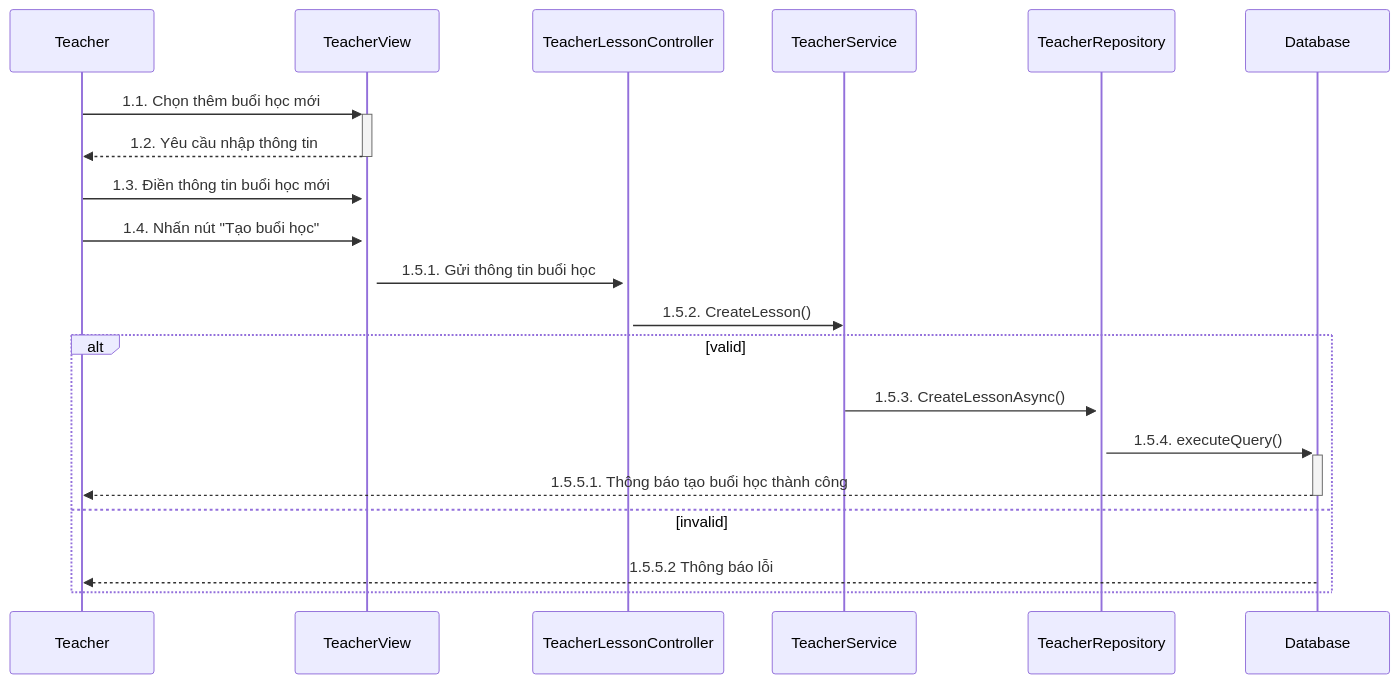
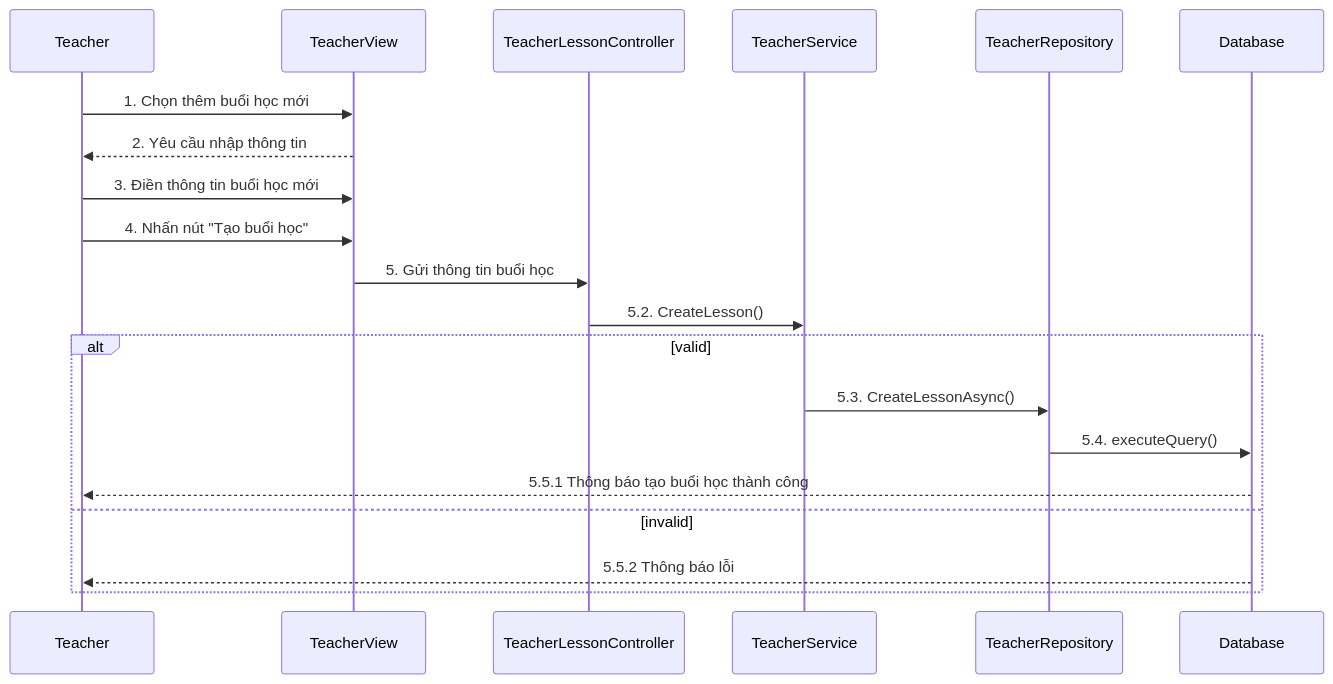
The diagram in sequence/teacher/Sequence-1-1.GiangVienThemBuoiHoc.mmd (LienNTB/sequence-CNPM), drawn with Mermaid before and after one commit. The commit also changed 10 other files, not shown here.

```diff
--- a/sequence/teacher/Sequence-1-1.GiangVienThemBuoiHoc.mmd
+++ b/sequence/teacher/Sequence-1-1.GiangVienThemBuoiHoc.mmd
@@ -1,23 +1,23 @@
 
 sequenceDiagram
     participant Teacher
     participant TeacherView
     participant TeacherLessonController
     participant TeacherService
     participant TeacherRepository
     participant Database
 
-    Teacher->>+TeacherView: 1.1. Chọn thêm buổi học mới
-    TeacherView-->>-Teacher: 1.2. Yêu cầu nhập thông tin
-    Teacher->>+TeacherView: 1.3. Điền thông tin buổi học mới
-    Teacher->>+TeacherView: 1.4. Nhấn nút "Tạo buổi học"
-    TeacherView->>+TeacherLessonController: 1.5.1. Gửi thông tin buổi học
-    TeacherLessonController->>TeacherService: 1.5.2. CreateLesson()
+    Teacher->>TeacherView: 1. Chọn thêm buổi học mới
+    TeacherView-->>Teacher: 2. Yêu cầu nhập thông tin
+    Teacher->>TeacherView: 3. Điền thông tin buổi học mới
+    Teacher->>TeacherView: 4. Nhấn nút "Tạo buổi học"
+    TeacherView->>TeacherLessonController: 5. Gửi thông tin buổi học
+    TeacherLessonController->>TeacherService: 5.2. CreateLesson()
     alt valid
-        TeacherService->>+TeacherRepository: 1.5.3. CreateLessonAsync()
-        TeacherRepository->>+Database: 1.5.4. executeQuery()
+        TeacherService->>TeacherRepository: 5.3. CreateLessonAsync()
+        TeacherRepository->>Database: 5.4. executeQuery()
 
-        Database-->>-Teacher: 1.5.5.1. Thông báo tạo buổi học thành công
+        Database-->>Teacher: 5.5.1 Thông báo tạo buổi học thành công
     else invalid
-        Database-->>Teacher: 1.5.5.2 Thông báo lỗi
+        Database-->>Teacher: 5.5.2 Thông báo lỗi
     end
```
